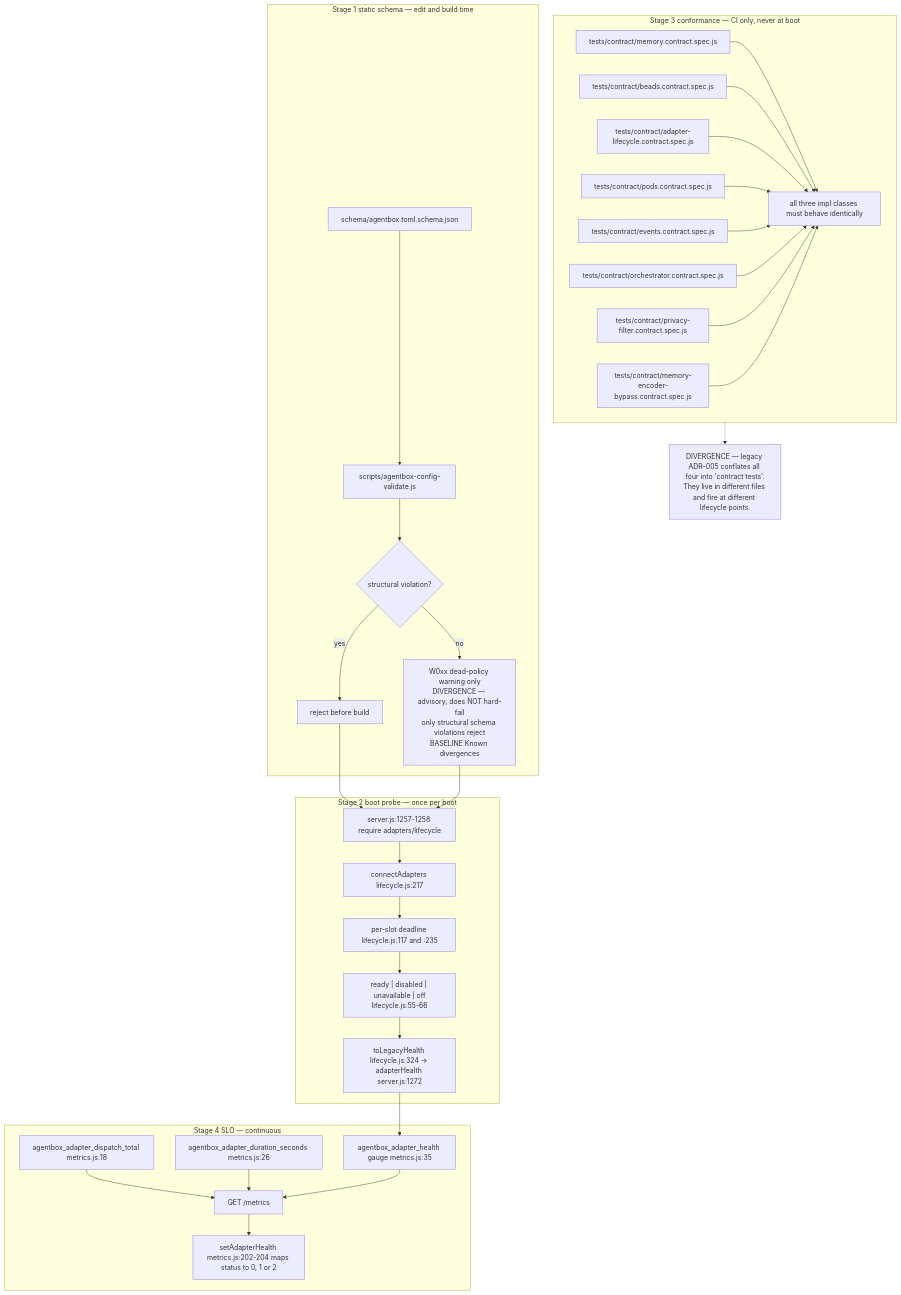
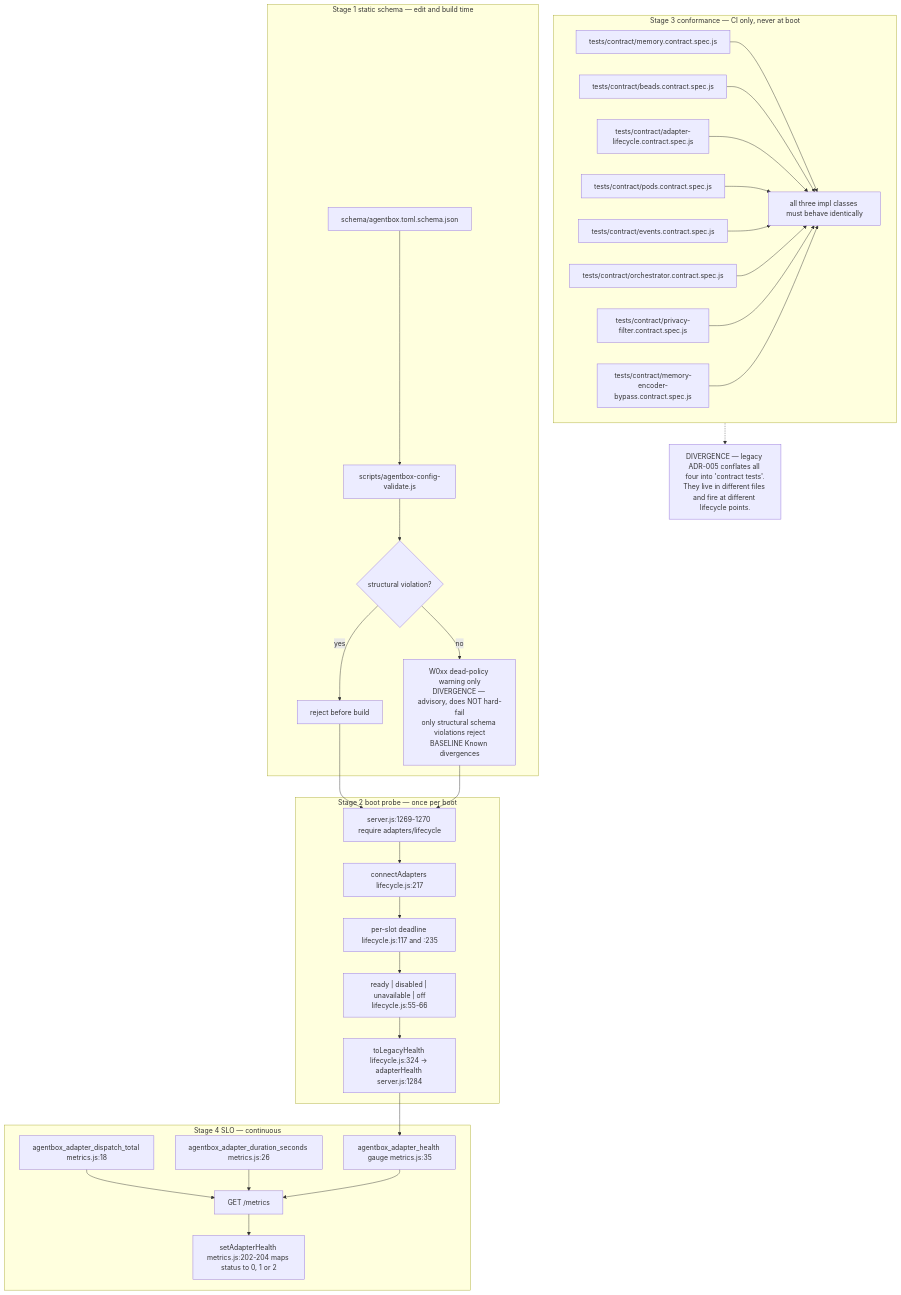
Before and after one commit to DreamLab-AI/VisionFlow: diagram 15 of 16 in docs/diagrams/agentbox/04-adapter-spine.md, drawn with Mermaid. The commit also changed other lines of this file and 28 other files, not shown here.

````diff
--- a/docs/diagrams/agentbox/04-adapter-spine.md
+++ b/docs/diagrams/agentbox/04-adapter-spine.md
@@ -584,35 +584,35 @@
 ```mermaid
 flowchart TD
     subgraph S1["Stage 1 static schema — edit and build time"]
         A1["schema/agentbox.toml.schema.json"] --> A2["scripts/agentbox-config-validate.js"]
         A2 --> A3{"structural violation?"}
         A3 -->|yes| A4["reject before build"]
         A3 -->|"no"| A5["W0xx dead-policy warning only<br/>DIVERGENCE — advisory, does NOT hard-fail<br/>only structural schema violations reject<br/>BASELINE Known divergences"]
     end
     subgraph S2["Stage 2 boot probe — once per boot"]
-        B1["server.js:1257-1258 require adapters/lifecycle"] --> B2["connectAdapters lifecycle.js:217"]
+        B1["server.js:1269-1270 require adapters/lifecycle"] --> B2["connectAdapters lifecycle.js:217"]
         B2 --> B3["per-slot deadline lifecycle.js:117 and :235"]
         B3 --> B4["ready | disabled | unavailable | off<br/>lifecycle.js:55-66"]
-        B4 --> B5["toLegacyHealth lifecycle.js:324 → adapterHealth server.js:1272"]
+        B4 --> B5["toLegacyHealth lifecycle.js:324 → adapterHealth server.js:1284"]
     end
     subgraph S3["Stage 3 conformance — CI only, never at boot"]
         C1["tests/contract/memory.contract.spec.js"] --> C4["all three impl classes must behave identically"]
         C2["tests/contract/beads.contract.spec.js"] --> C4
         C3["tests/contract/adapter-lifecycle.contract.spec.js"] --> C4
         C5["tests/contract/pods.contract.spec.js"] --> C4
         C6["tests/contract/events.contract.spec.js"] --> C4
         C7["tests/contract/orchestrator.contract.spec.js"] --> C4
         C8["tests/contract/privacy-filter.contract.spec.js"] --> C4
         C9["tests/contract/memory-encoder-bypass.contract.spec.js"] --> C4
     end
     subgraph S4["Stage 4 SLO — continuous"]
         D1["agentbox_adapter_dispatch_total metrics.js:18"] --> D4["GET /metrics"]
         D2["agentbox_adapter_duration_seconds metrics.js:26"] --> D4
         D3["agentbox_adapter_health gauge metrics.js:35"] --> D4
         D4 --> D5["setAdapterHealth metrics.js:202-204 maps status to 0, 1 or 2"]
     end
     A4 --> B1
     A5 --> B1
     B5 --> D3
     S3 -.-> NOTE["DIVERGENCE — legacy ADR-005 conflates all four into 'contract tests'.<br/>They live in different files and fire at different lifecycle points."]
 ```
````
